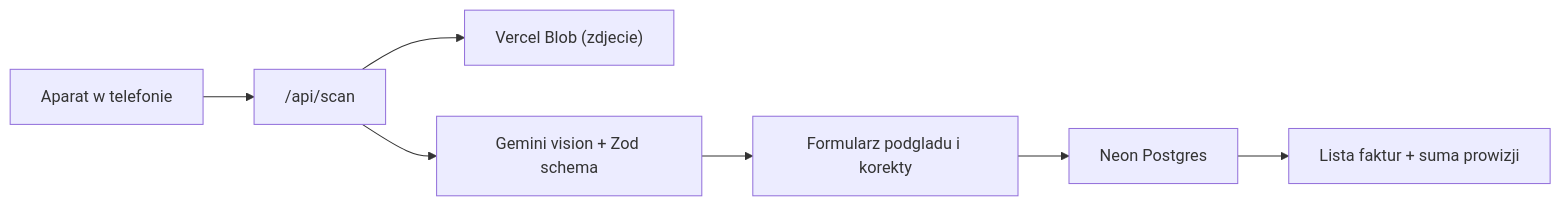
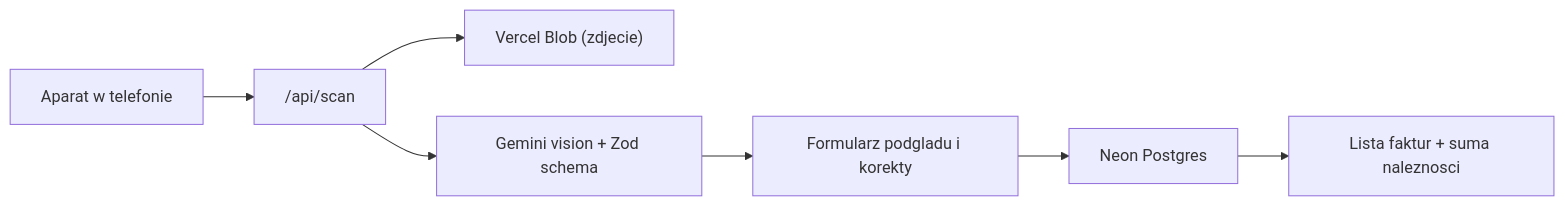
One commit to mbatorowicz/Scano changed the diagram in docs/PLAN.md. Above: the diagram before and after it, drawn with Mermaid. The commit also changed other lines of this file and 29 other files, not shown here.

````diff
--- a/docs/PLAN.md
+++ b/docs/PLAN.md
@@ -21,9 +22,9 @@
 ```mermaid
 flowchart LR
   Telefon["Aparat w telefonie"] --> Upload["/api/scan"]
   Upload --> Blob["Vercel Blob (zdjecie)"]
   Upload --> Gemini["Gemini vision + Zod schema"]
   Gemini --> Podglad["Formularz podgladu i korekty"]
   Podglad --> DB["Neon Postgres"]
-  DB --> Lista["Lista faktur + suma prowizji"]
+  DB --> Lista["Lista faktur + suma naleznosci"]
 ```
````
